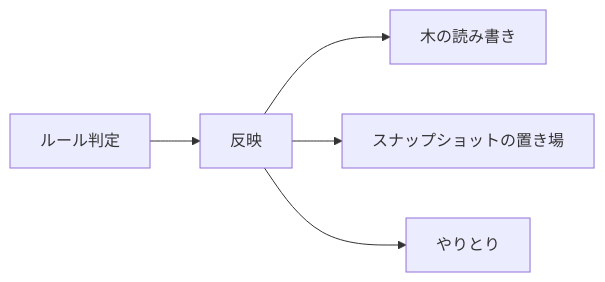
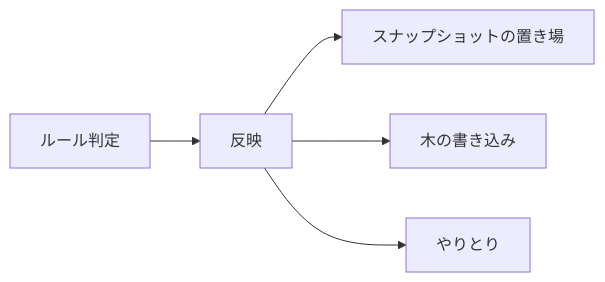
The diagram in design/backend/merge.md (yamambainc/logiforge), drawn with Mermaid before and after one commit. The commit also changed other lines of this file and 30 other files, not shown here.

````diff
--- a/design/backend/merge.md
+++ b/design/backend/merge.md
@@ -8,7 +8,7 @@
 ```mermaid
 flowchart LR
   RULE["ルール判定"] --> MERGE["反映"]
-  MERGE --> P1["木の読み書き"]
   MERGE --> P4["スナップショットの置き場"]
+  MERGE --> P1["木の書き込み"]
   MERGE --> P2["やりとり"]
 ```
````
